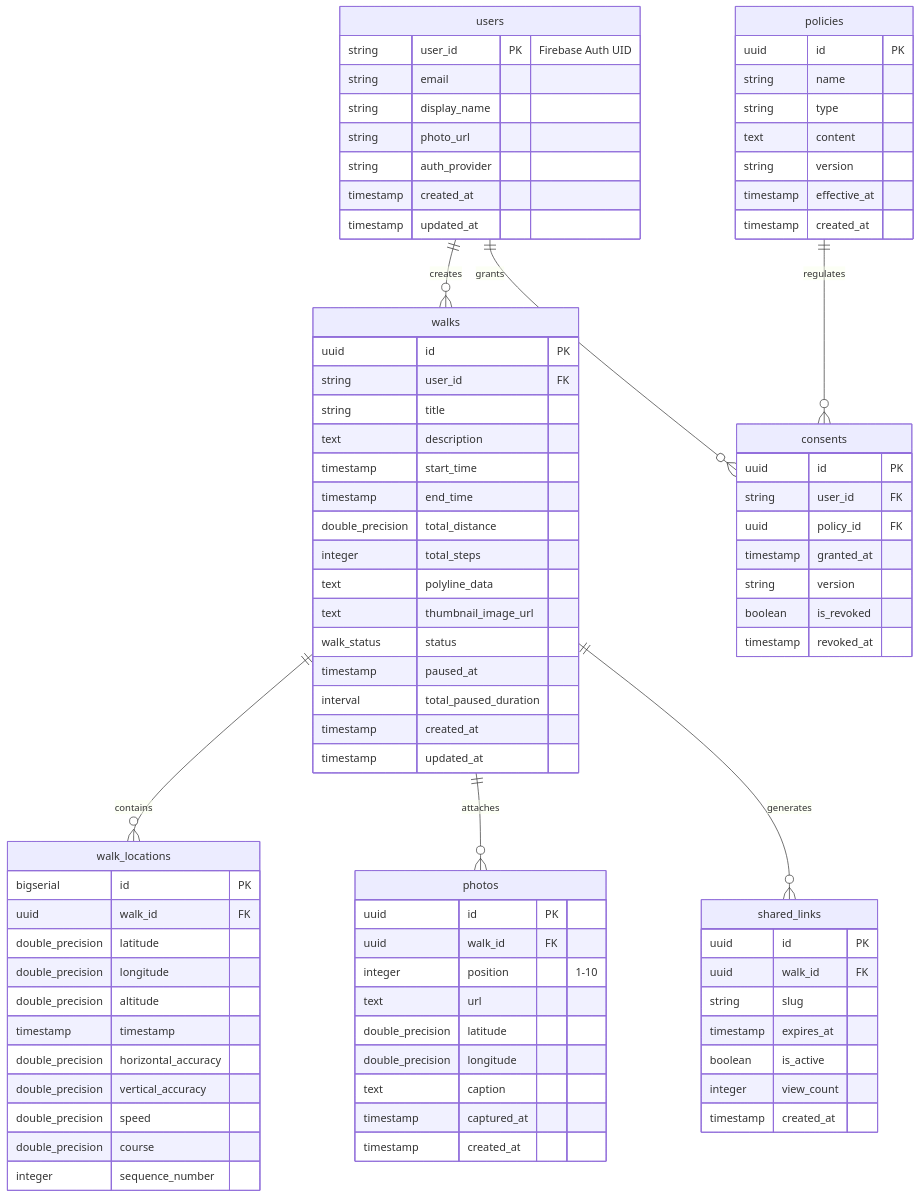
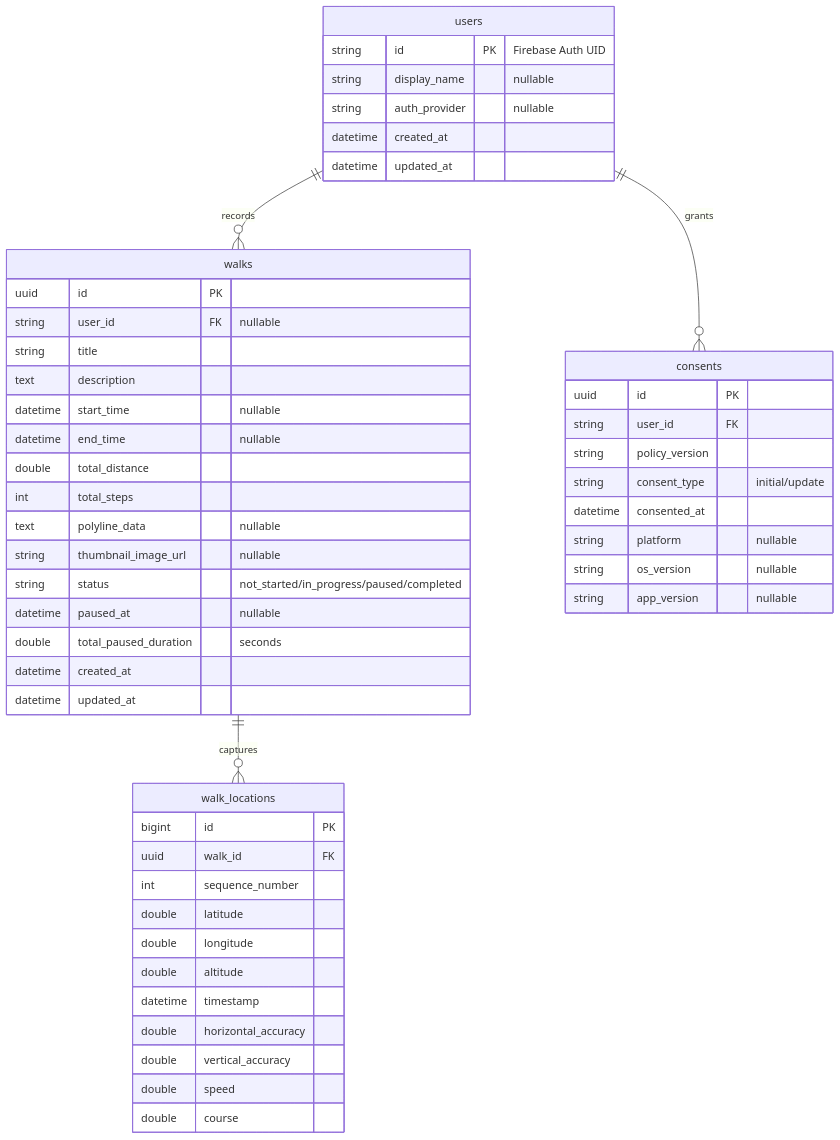
The diagram in backend/docs/database-schema.md (RRRRRRR-777/TokoToko), drawn with Mermaid before and after one commit. The commit also changed other lines of this file and 3 other files, not shown here.

````diff
--- a/backend/docs/database-schema.md
+++ b/backend/docs/database-schema.md
@@ -5,93 +5,57 @@
 ```mermaid
 erDiagram
-    users ||--o{ walks : creates
-    users ||--o{ consents : grants
-    walks ||--o{ walk_locations : contains
-    walks ||--o{ photos : attaches
-    walks ||--o{ shared_links : generates
-    policies ||--o{ consents : regulates
+    users ||--o{ walks : "records"
+    walks ||--o{ walk_locations : "captures"
+    users ||--o{ consents : "grants"
 
     users {
-        string user_id PK "Firebase Auth UID"
-        string email
-        string display_name
-        string photo_url
-        string auth_provider
-        timestamp created_at
-        timestamp updated_at
+        string id PK "Firebase Auth UID"
+        string display_name "nullable"
+        string auth_provider "nullable"
+        datetime created_at
+        datetime updated_at
     }
 
     walks {
         uuid id PK
-        string user_id FK
+        string user_id FK "nullable"
         string title
         text description
-        timestamp start_time
-        timestamp end_time
-        double_precision total_distance
-        integer total_steps
-        text polyline_data
-        text thumbnail_image_url
-        walk_status status
-        timestamp paused_at
-        interval total_paused_duration
-        timestamp created_at
-        timestamp updated_at
+        datetime start_time "nullable"
+        datetime end_time "nullable"
+        double total_distance
+        int total_steps
+        text polyline_data "nullable"
+        string thumbnail_image_url "nullable"
+        string status "not_started/in_progress/paused/completed"
+        datetime paused_at "nullable"
+        double total_paused_duration "seconds"
+        datetime created_at
+        datetime updated_at
     }
 
     walk_locations {
-        bigserial id PK
+        bigint id PK
         uuid walk_id FK
-        double_precision latitude
-        double_precision longitude
-        double_precision altitude
-        timestamp timestamp
-        double_precision horizontal_accuracy
-        double_precision vertical_accuracy
-        double_precision speed
-        double_precision course
-        integer sequence_number
-    }
-
-    photos {
-        uuid id PK
-        uuid walk_id FK
-        integer position "1-10"
-        text url
-        double_precision latitude
-        double_precision longitude
-        text caption
-        timestamp captured_at
-        timestamp created_at
-    }
-
-    shared_links {
-        uuid id PK
-        uuid walk_id FK
-        string slug
-        timestamp expires_at
-        boolean is_active
-        integer view_count
-        timestamp created_at
-    }
-
-    policies {
-        uuid id PK
-        string name
-        string type
-        text content
-        string version
-        timestamp effective_at
-        timestamp created_at
+        int sequence_number
+        double latitude
+        double longitude
+        double altitude
+        datetime timestamp
+        double horizontal_accuracy
+        double vertical_accuracy
+        double speed
+        double course
     }
 
     consents {
         uuid id PK
         string user_id FK
-        uuid policy_id FK
-        timestamp granted_at
-        string version
-        boolean is_revoked
-        timestamp revoked_at
+        string policy_version
+        string consent_type "initial/update"
+        datetime consented_at
+        string platform "nullable"
+        string os_version "nullable"
+        string app_version "nullable"
     }
 ```
````
